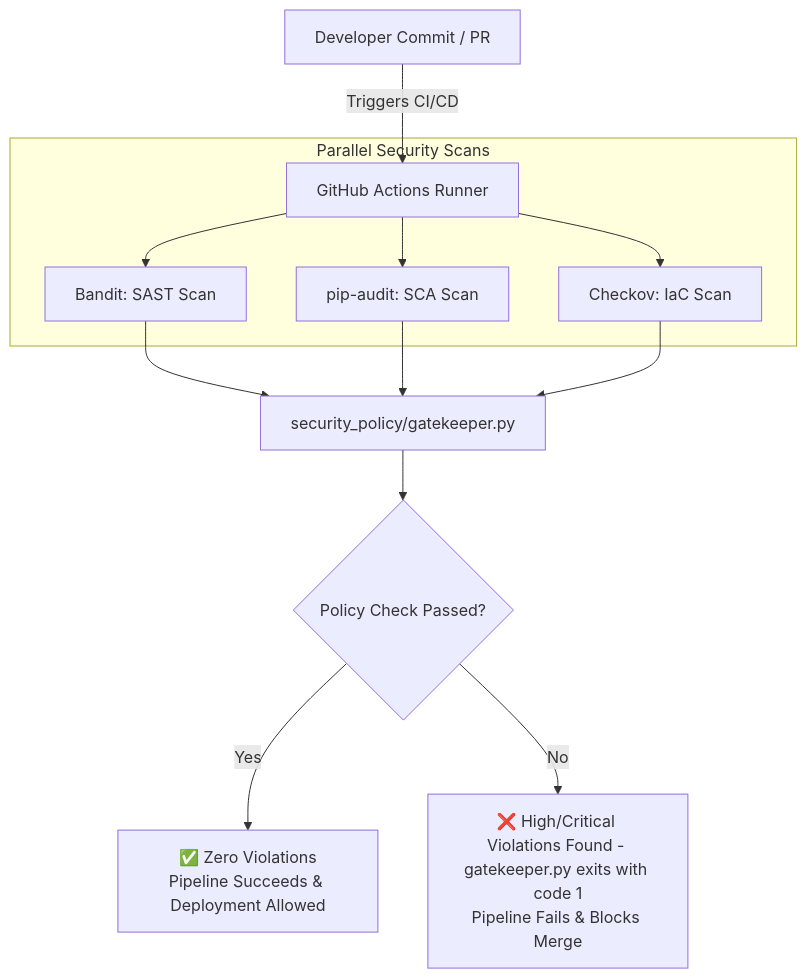
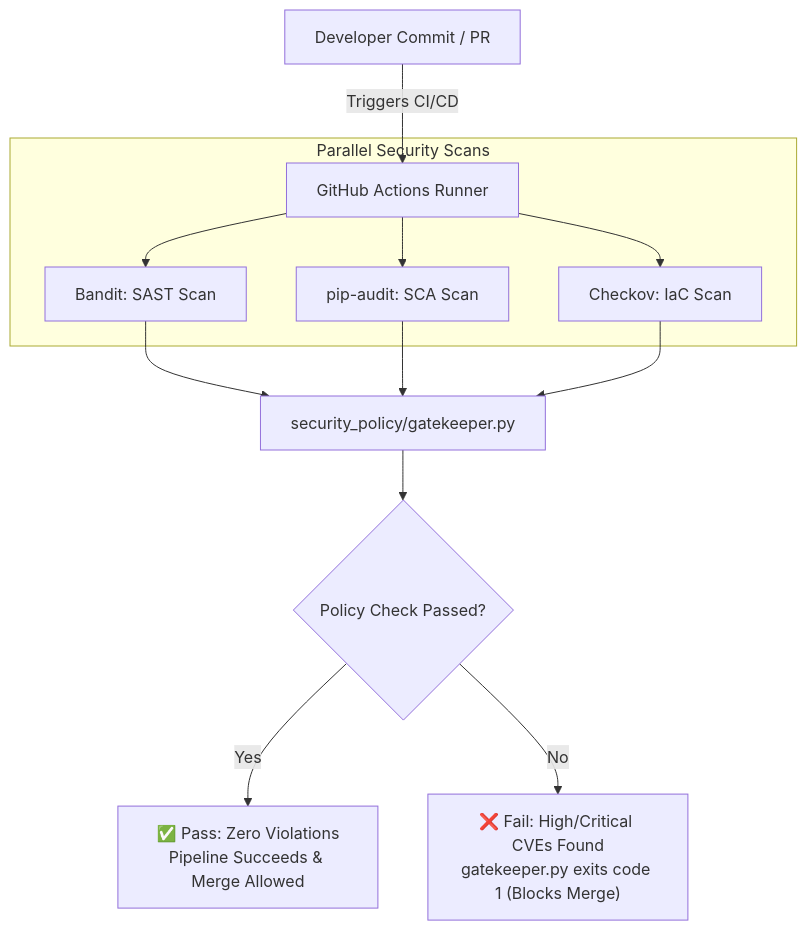
Before and after one commit to rajeshgurindapalli15-crypto/devsecops-compliance-pipeline: the diagram in README.md, drawn with Mermaid.

````diff
--- a/README.md
+++ b/README.md
@@ -16,19 +16,19 @@
 ```mermaid
 graph TD
     A[Developer Commit / PR] -->|Triggers CI/CD| B[GitHub Actions Runner]
     
     subgraph Parallel Security Scans
         B --> C[Bandit: SAST Scan]
         B --> D[pip-audit: SCA Scan]
         B --> E[Checkov: IaC Scan]
     end
     
     C --> F[security_policy/gatekeeper.py]
     D --> F
     E --> F
     
     F --> G{Policy Check Passed?}
     
-    G -->|Yes| I[✅ Zero Violations<br>Pipeline Succeeds & Deployment Allowed]
-    G -->|No| H[❌ High/Critical Violations Found - gatekeeper.py exits with code 1<br>Pipeline Fails & Blocks Merge]
+    G -->|Yes| I["✅ Pass: Zero Violations<br/>Pipeline Succeeds & Merge Allowed"]
+    G -->|No| H["❌ Fail: High/Critical CVEs Found<br/>gatekeeper.py exits code 1 (Blocks Merge)"]
 ```
````
